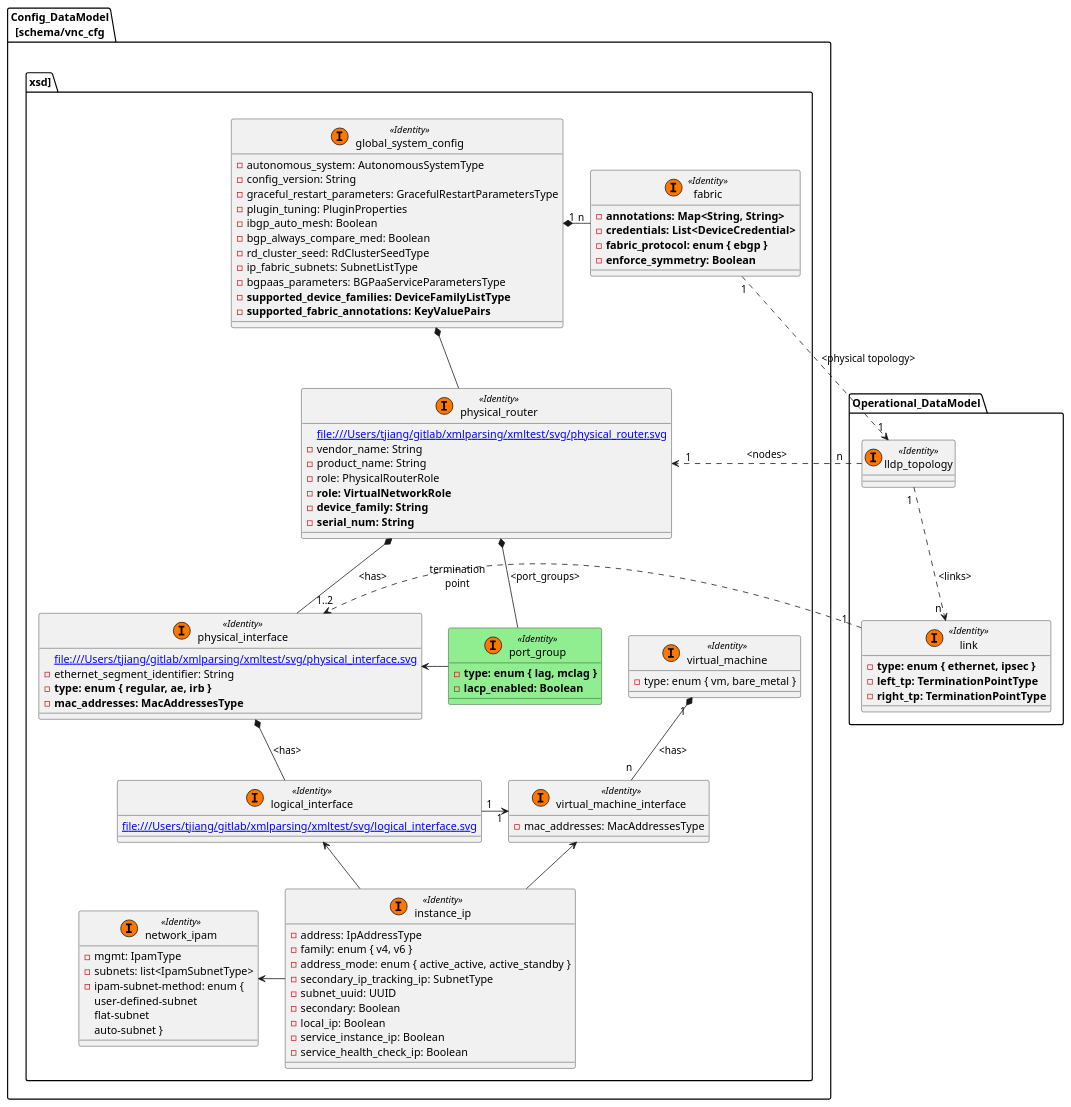
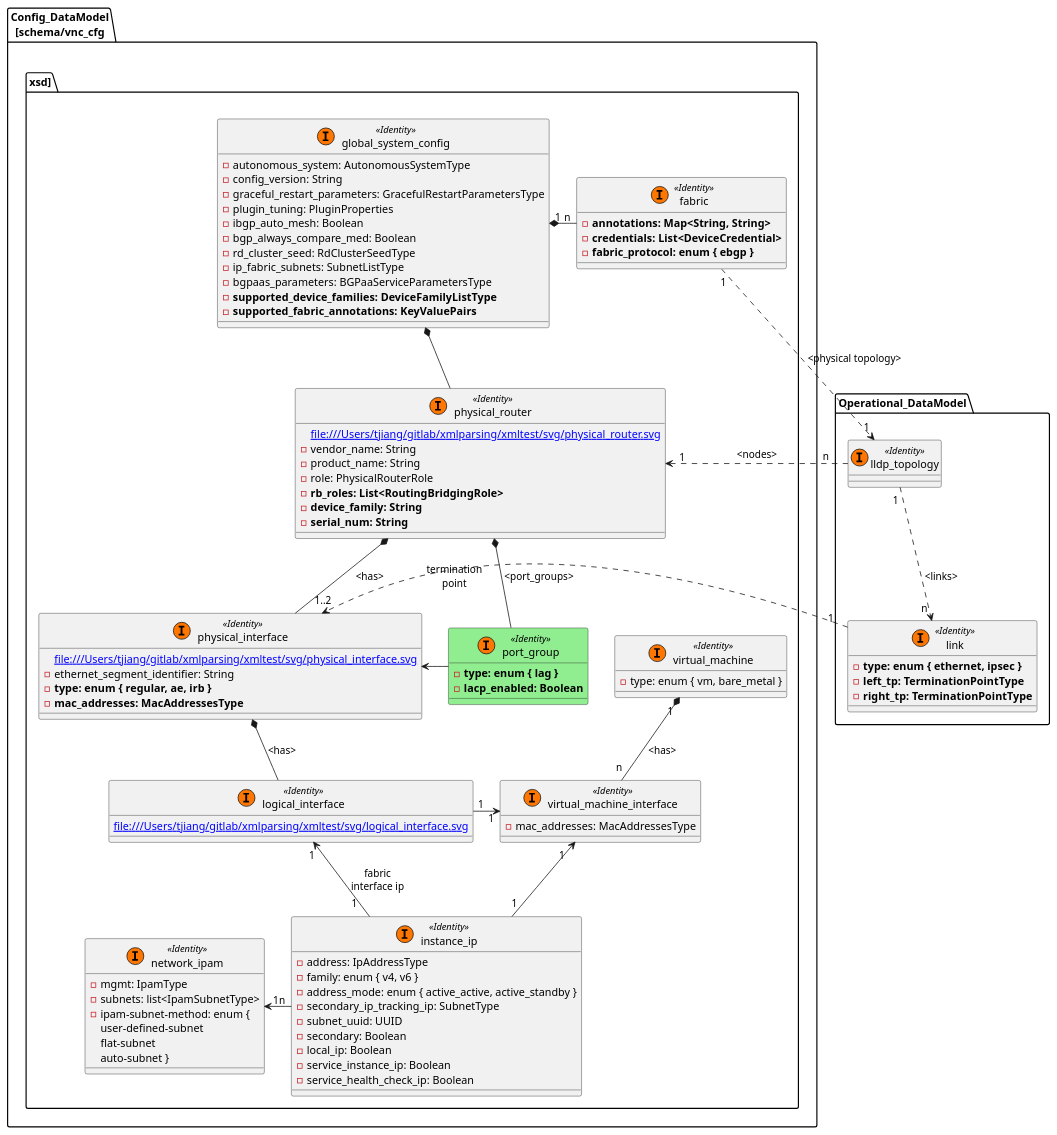
The diagram in 5.0.1-data-model/device.puml (jnpr-tjiang/cfm-data-model), drawn with PlantUML before and after one commit. The commit also changed 1 other file, not shown here.

```diff
--- a/5.0.1-data-model/device.puml
+++ b/5.0.1-data-model/device.puml
@@ -1,115 +1,114 @@
 @startuml
 package Config_DataModel\n[schema/vnc_cfg.xsd] {
 
     class global_system_config << (I, #FF7700) Identity>> {
         - autonomous_system: AutonomousSystemType
         - config_version: String
         - graceful_restart_parameters: GracefulRestartParametersType
         - plugin_tuning: PluginProperties
         - ibgp_auto_mesh: Boolean
         - bgp_always_compare_med: Boolean
         - rd_cluster_seed: RdClusterSeedType
         - ip_fabric_subnets: SubnetListType
         - bgpaas_parameters: BGPaaServiceParametersType
         - <b>supported_device_families: DeviceFamilyListType</b>
         - <b>supported_fabric_annotations: KeyValuePairs</b>
     }
 
     class physical_router << (I, #FF7700) Identity>> {
         [[file:///Users/tjiang/gitlab/xmlparsing/xmltest/svg/physical_router.svg]]
         - vendor_name: String
         - product_name: String
         - role: PhysicalRouterRole
-        - <b>role: VirtualNetworkRole
+        - <b>rb_roles: List<RoutingBridgingRole>
         - <b>device_family: String</b>
         - <b>serial_num: String</b>
     }
 
     class physical_interface << (I, #FF7700) Identity>> {
         [[file:///Users/tjiang/gitlab/xmlparsing/xmltest/svg/physical_interface.svg]]
         - ethernet_segment_identifier: String
         - <b>type: enum { regular, ae, irb }
         - <b>mac_addresses: MacAddressesType</b>
     }
 
     class logical_interface << (I, #FF7700) Identity>> {
         [[file:///Users/tjiang/gitlab/xmlparsing/xmltest/svg/logical_interface.svg]]
     }
 
     class port_group << (I, #FF7700) Identity>> #lightgreen {
-        - <b>type: enum { lag, mclag }
+        - <b>type: enum { lag }
         - <b>lacp_enabled: Boolean</b>
     }
 
 
     class virtual_machine_interface << (I, #FF7700) Identity>> {
         - mac_addresses: MacAddressesType
     }
 
     class virtual_machine << (I, #FF7700) Identity>> {
         - type: enum { vm, bare_metal }
     }
 
     class fabric << (I, #FF7700) Identity>> {
         - <b>annotations: Map<String, String>
         - <b>credentials: List<DeviceCredential>
         - <b>fabric_protocol: enum { ebgp }
-        - <b>enforce_symmetry: Boolean
     }
 
     class instance_ip << (I, #FF7700) Identity>> {
         - address: IpAddressType
         - family: enum { v4, v6 }
         - address_mode: enum { active_active, active_standby }
         - secondary_ip_tracking_ip: SubnetType
         - subnet_uuid: UUID
         - secondary: Boolean
         - local_ip: Boolean
         - service_instance_ip: Boolean
         - service_health_check_ip: Boolean
     }
 
     class network_ipam << (I, #FF7700) Identity>> {
         - mgmt: IpamType
         - subnets: list<IpamSubnetType>
         - ipam-subnet-method: enum {
             user-defined-subnet
             flat-subnet
             auto-subnet }
     }
 }
 
 package Operational_DataModel {
     class lldp_topology << (I, #FF7700) Identity>> {
     }
 
     class link << (I, #FF7700) Identity>> {
         - <b>type: enum { ethernet, ipsec }
         - <b>left_tp: TerminationPointType
         - <b>right_tp: TerminationPointType
     }
 }
 
 global_system_config *-- physical_router
 global_system_config "1" *- "n" fabric
 
 fabric "1" ..> " 1" lldp_topology: <physical topology>
 lldp_topology "n     " .> "   1" physical_router: <nodes>
 lldp_topology "1 " ..> "n " link: <links>
 physical_router *-- physical_interface: <has>
 
 physical_router *-- port_group: <port_groups>
 port_group -> physical_interface
 
 link "1   " .> " 1..2" physical_interface: "termination\npoint"
 
 physical_interface *-- logical_interface: <has>
 
 logical_interface "1    " -> "    1" virtual_machine_interface
 'link "1 " ..> "1 " virtual_machine_interface: termination\npoint
 virtual_machine "1 " *-- "n "virtual_machine_interface: <has>
-logical_interface <-- instance_ip
-virtual_machine_interface <-- instance_ip
-network_ipam <- instance_ip
+logical_interface "1 " <-- "1   " instance_ip: fabric\ninterface ip
+virtual_machine_interface "1  " <-- "1" instance_ip
+network_ipam " 1" <- "n"instance_ip
 
 @enduml
```
